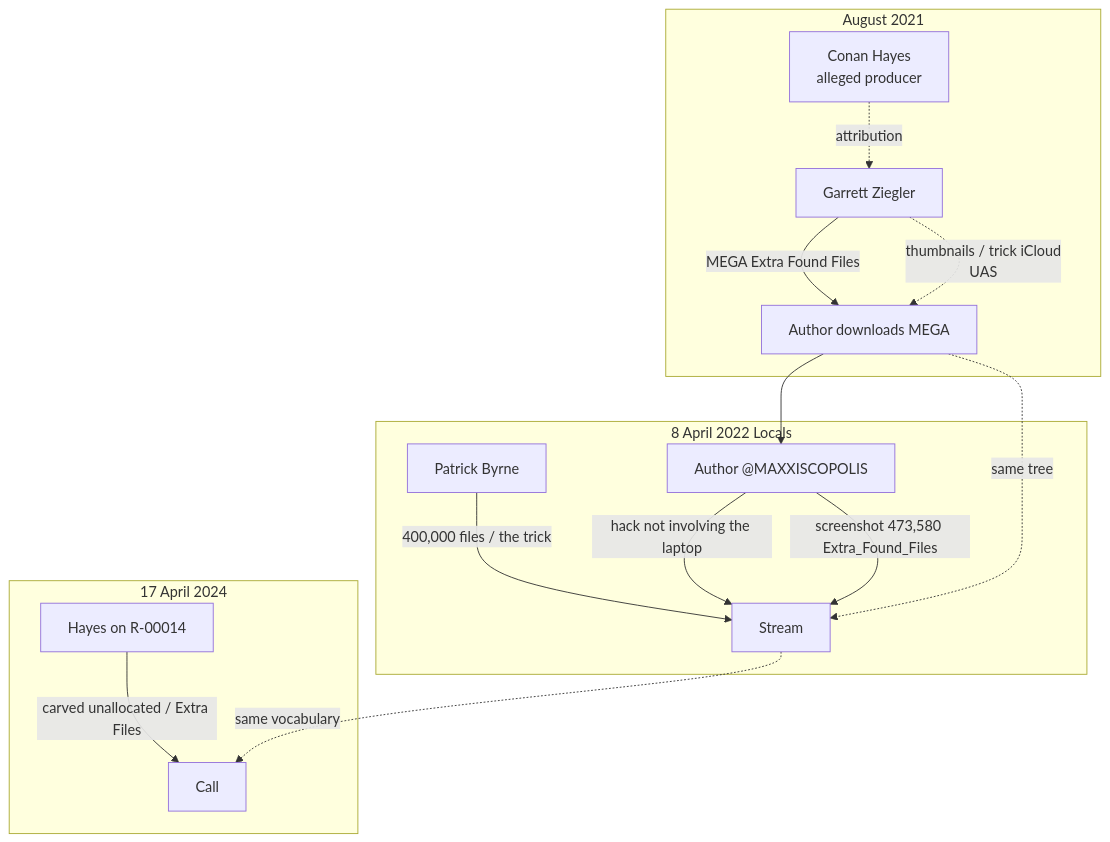
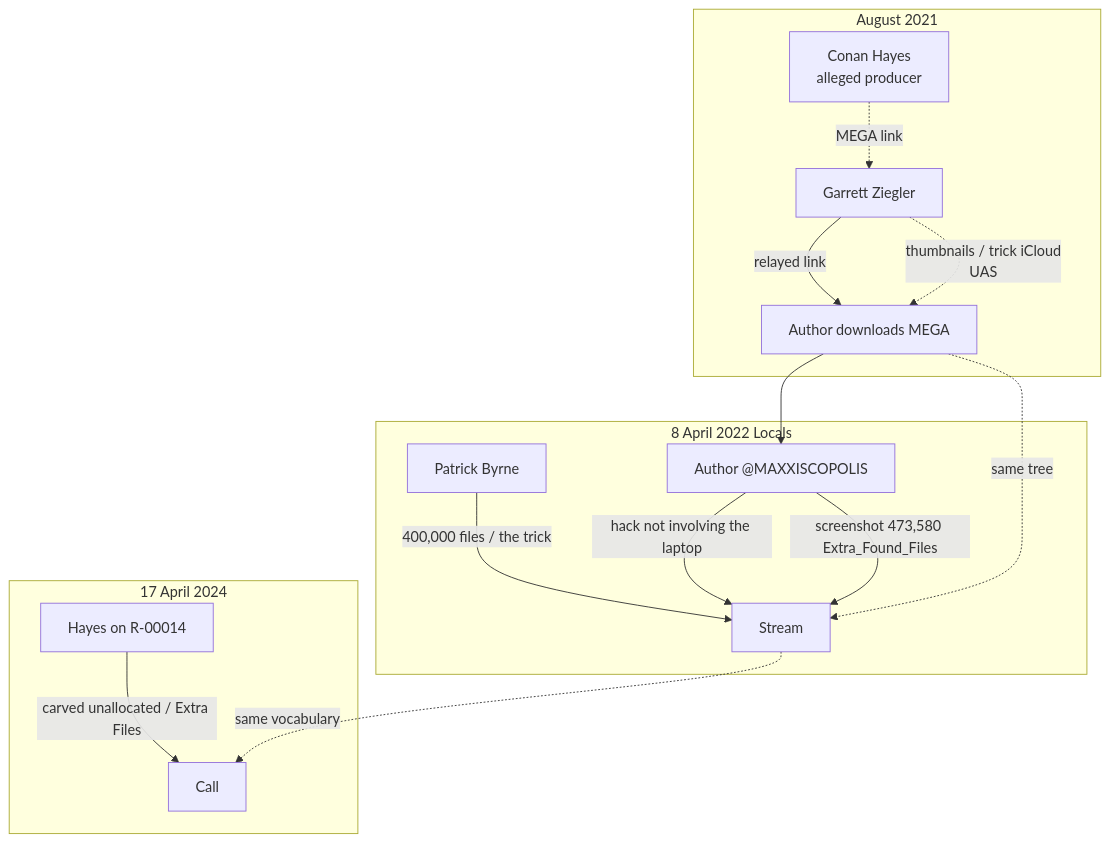
One commit to 459Crimes/HunterBidenLaptop_0728 changed the diagram in docs/CIRCULAR_CUSTODY.md. Above: the diagram before and after it, drawn with Mermaid. The commit also changed other lines of this file and 18 other files, not shown here.

First line of the commit message:
Clarify 0728 MEGA provenance: Hayes link, Ziegler relay, first known download.

````diff
--- a/docs/CIRCULAR_CUSTODY.md
+++ b/docs/CIRCULAR_CUSTODY.md
@@ -11,28 +11,28 @@
 ```mermaid
 flowchart TB
   subgraph aug2021 [August 2021]
     H[Conan Hayes<br/>alleged producer]
     Z[Garrett Ziegler]
     A[Author downloads MEGA]
-    H -.->|attribution| Z
-    Z -->|MEGA Extra Found Files| A
+    H -.->|MEGA link| Z
+    Z -->|relayed link| A
     Z -.->|"thumbnails / trick iCloud"<br/>UAS| A
   end
 
   subgraph apr2022 [8 April 2022 Locals]
     B[Patrick Byrne]
     A2[Author @MAXXISCOPOLIS]
     B -->|"400,000 files / the trick"| Stream
     A2 -->|"hack not involving the laptop"| Stream
     A2 -->|screenshot 473,580 Extra_Found_Files| Stream
   end
 
   subgraph apr2024 [17 April 2024]
     H2[Hayes on R-00014]
     H2 -->|"carved unallocated / Extra Files"| Call
   end
 
   A --> A2
   Stream -.->|same vocabulary| Call
   A -.->|same tree| Stream
 ```
````
